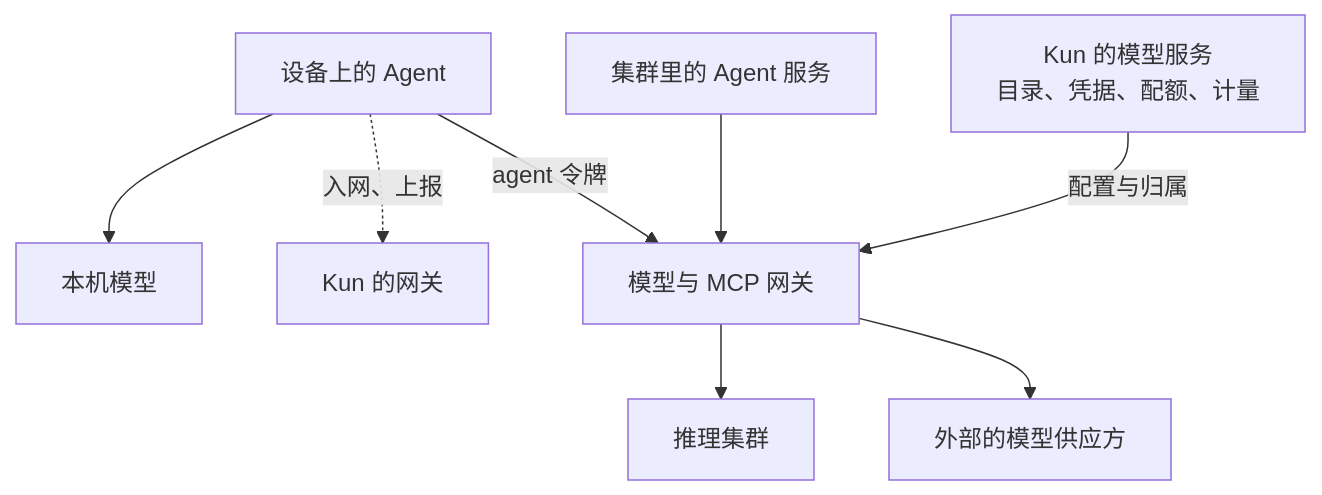
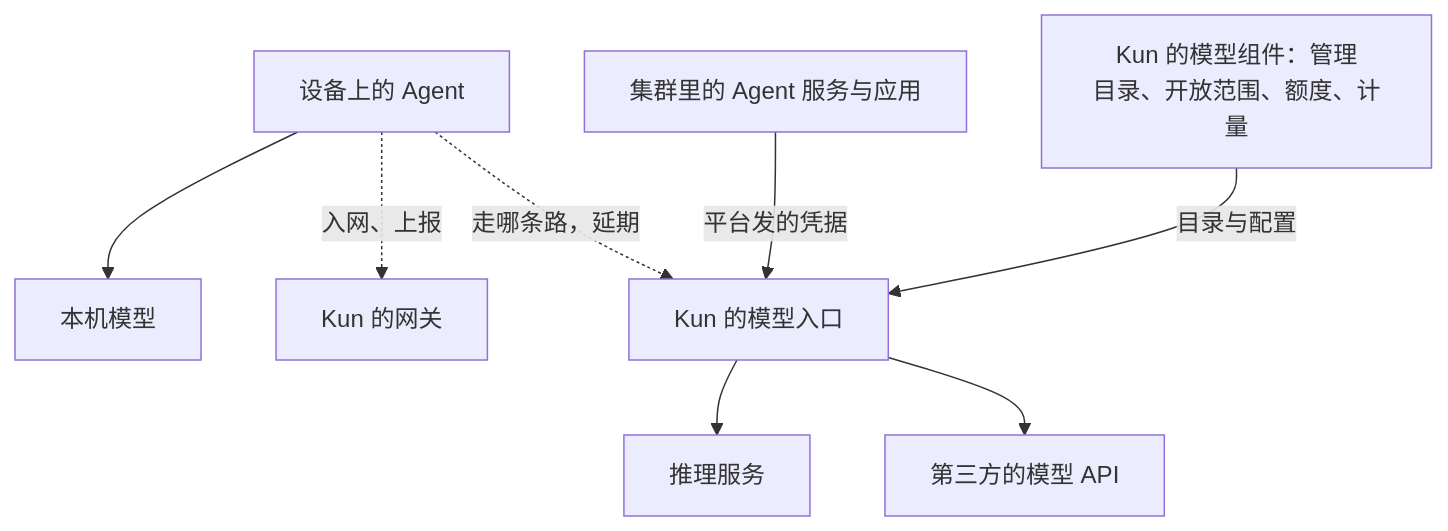
One commit to CavaiLAB/kun changed the diagram in docs/agent-support.md. Above: the diagram before and after it, drawn with Mermaid. The commit also changed other lines of this file and 23 other files, not shown here.

````diff
--- a/docs/agent-support.md
+++ b/docs/agent-support.md
@@ -91,19 +91,19 @@
 ```mermaid
 flowchart TB
-  SVC["集群里的 Agent 服务"]
+  SVC["集群里的 Agent 服务与应用"]
   DEV["设备上的 Agent"]
   LM["本机模型"]
   GW["Kun 的网关"]
-  MS["Kun 的模型服务<br/>目录、凭据、配额、计量"]
-  MG["模型与 MCP 网关"]
-  INF["推理集群"]
-  EXT["外部的模型供应方"]
+  MS["Kun 的模型组件：管理<br/>目录、开放范围、额度、计量"]
+  ME["Kun 的模型入口"]
+  INF["推理服务"]
+  EXT["第三方的模型 API"]
 
   DEV --> LM
-  DEV -->|"agent 令牌"| MG
+  DEV -.->|"走哪条路，延期"| ME
   DEV -.->|"入网、上报"| GW
-  SVC --> MG
-  MS -->|"配置与归属"| MG
-  MG --> INF
-  MG --> EXT
+  SVC -->|"平台发的凭据"| ME
+  MS -->|"目录与配置"| ME
+  ME --> INF
+  ME --> EXT
 ```
````
